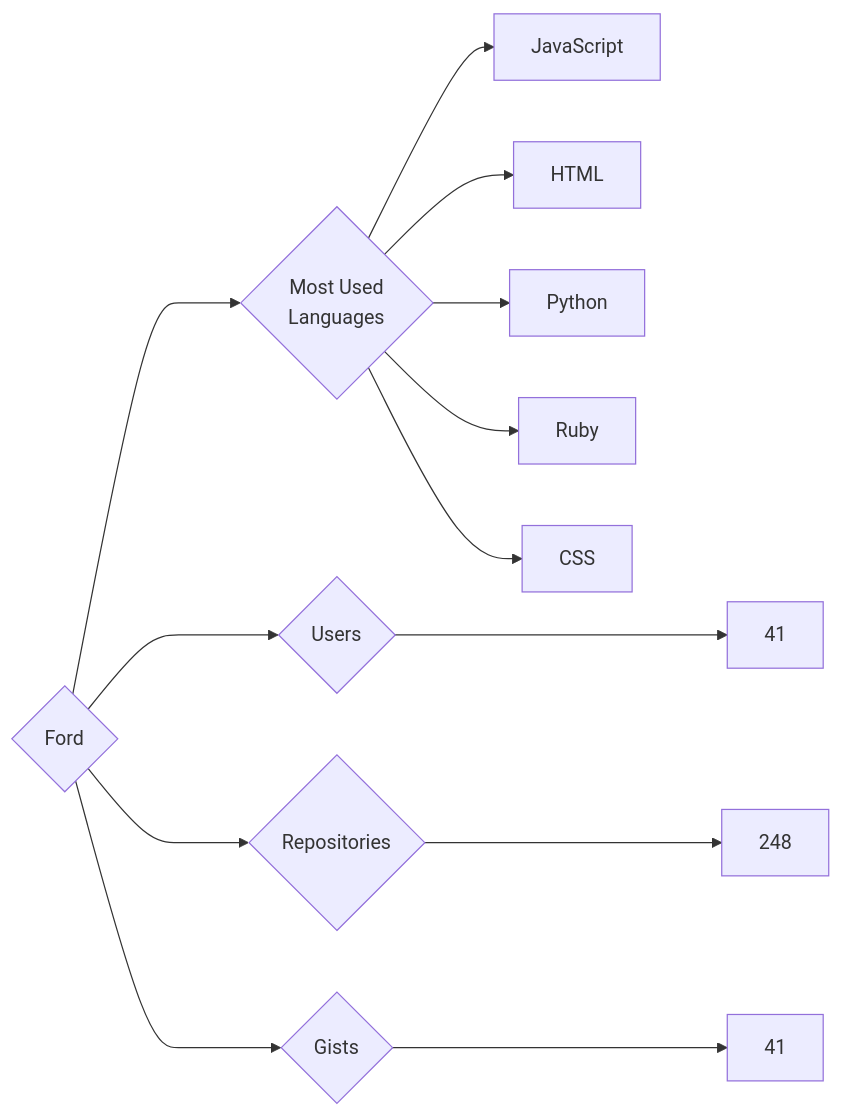
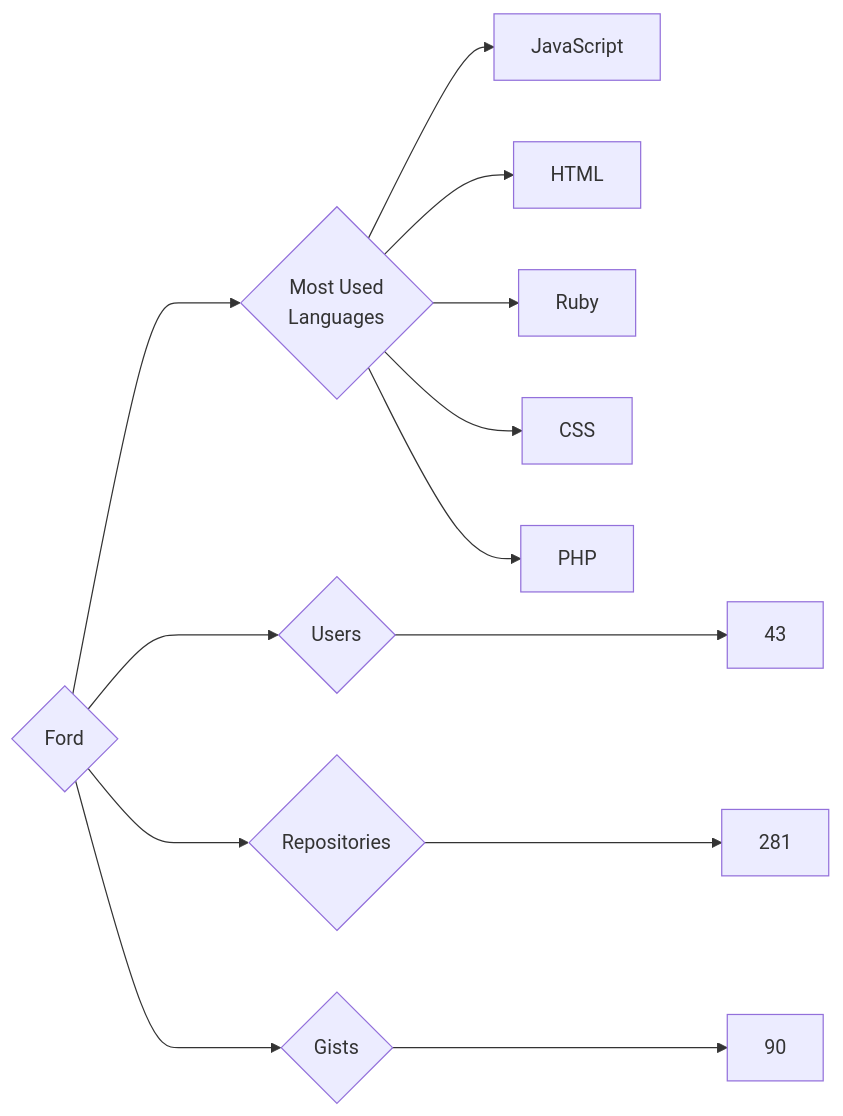
Before and after one commit to trickest/insiders: the diagram in targets/Ford/README.md, drawn with Mermaid. The commit also changed 888 other files, not shown here.

````diff
--- a/targets/Ford/README.md
+++ b/targets/Ford/README.md
@@ -3,13 +3,13 @@
 ```mermaid
 graph LR
 COMPANY_NAME{Ford}
-COMPANY_NAME ---> U{Users} ---> UN[41]
-COMPANY_NAME ---> R{Repositories} ---> RN[248]
-COMPANY_NAME ---> G{Gists} ---> GN[41]
+COMPANY_NAME ---> U{Users} ---> UN[43]
+COMPANY_NAME ---> R{Repositories} ---> RN[281]
+COMPANY_NAME ---> G{Gists} ---> GN[90]
 COMPANY_NAME ---> ML{Most Used<br>Languages}
 ML --> JavaScript[JavaScript]
 ML --> HTML[HTML]
-ML --> Python[Python]
 ML --> Ruby[Ruby]
 ML --> CSS[CSS]
+ML --> PHP[PHP]
 ```
````
